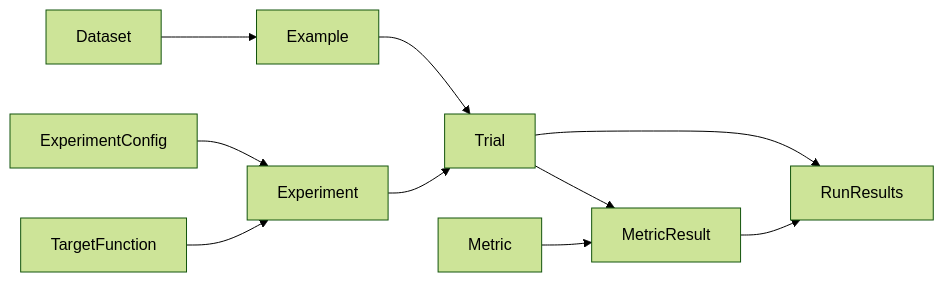
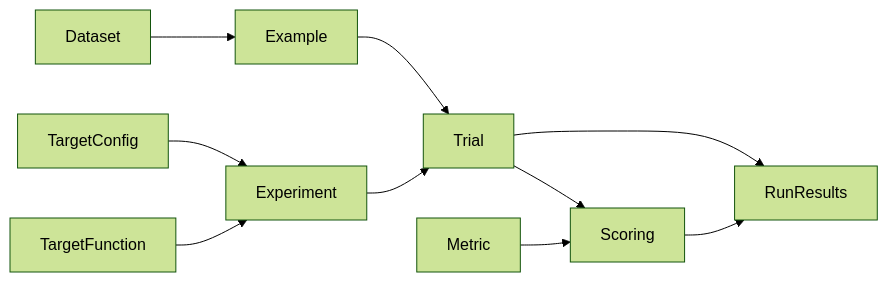
Before and after one commit to nachollorca/promptuna: the first of 4 diagrams in README.md, drawn with Mermaid (forest theme). The commit also changed other lines of this file and 2 other files, not shown here.

````diff
--- a/README.md
+++ b/README.md
@@ -11,12 +11,12 @@
 ```mermaid
 flowchart LR
     D[Dataset] --> E[Example]
     TF[TargetFunction] --> XP[Experiment]
-    EC[ExperimentConfig] --> XP
+    EC[TargetConfig] --> XP
     XP --> T[Trial]
     E --> T
-    T --> MR[MetricResult]
-    M[Metric] --> MR
-    MR --> RR[RunResults]
+    T --> S[Scoring]
+    M[Metric] --> S
+    S --> RR[RunResults]
     T --> RR
 ```
````
